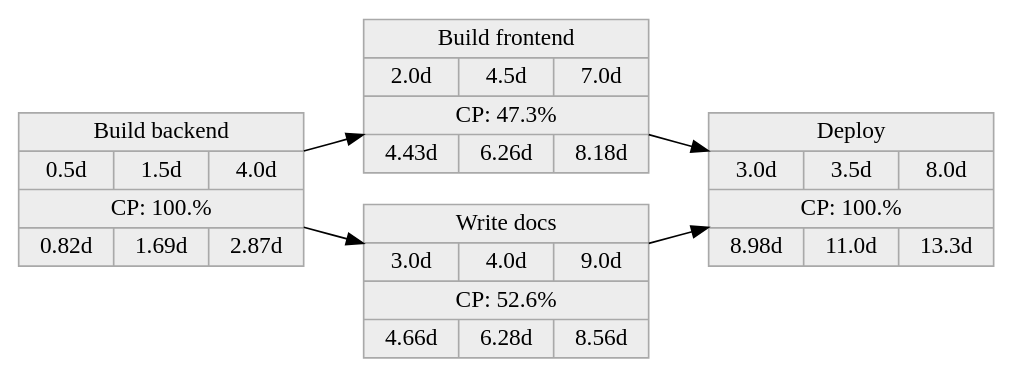
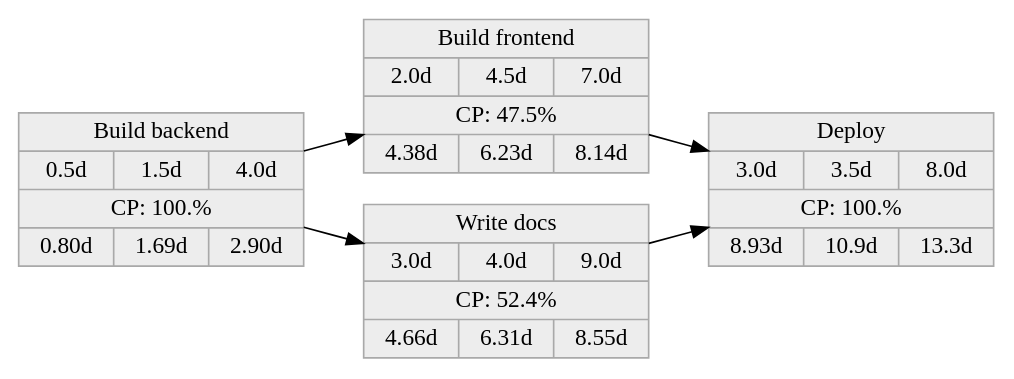
Before and after one commit to j-mueller/ernie: the diagram in example/project.dot, drawn with Graphviz. The commit also changed 4 other files, not shown here.

```diff
--- a/example/project.dot
+++ b/example/project.dot
@@ -1,14 +1,14 @@
 digraph 
 {
 node [shape=Mrecord]
 rankdir=LR
   node [color="darkgray" fillcolor="grey93" style="filled" height=".1" shape="record"]
-  "TaskID 0" [label="Build backend|{0.5d|1.5d|4.0d}|CP: 100.%|{0.82d |1.69d | 2.87d }"]
-  "TaskID 1" [label="Build frontend|{2.0d|4.5d|7.0d}|CP: 47.3%|{4.43d |6.26d | 8.18d }"]
-  "TaskID 2" [label="Write docs|{3.0d|4.0d|9.0d}|CP: 52.6%|{4.66d |6.28d | 8.56d }"]
-  "TaskID 3" [label="Deploy|{3.0d|3.5d|8.0d}|CP: 100.%|{8.98d |11.0d | 13.3d }"]
+  "TaskID 0" [label="Build backend|{0.5d|1.5d|4.0d}|CP: 100.%|{0.80d |1.69d | 2.90d }"]
+  "TaskID 1" [label="Build frontend|{2.0d|4.5d|7.0d}|CP: 47.5%|{4.38d |6.23d | 8.14d }"]
+  "TaskID 2" [label="Write docs|{3.0d|4.0d|9.0d}|CP: 52.4%|{4.66d |6.31d | 8.55d }"]
+  "TaskID 3" [label="Deploy|{3.0d|3.5d|8.0d}|CP: 100.%|{8.93d |10.9d | 13.3d }"]
   "TaskID 0" -> "TaskID 1"
   "TaskID 0" -> "TaskID 2"
   "TaskID 1" -> "TaskID 3"
   "TaskID 2" -> "TaskID 3"
 }
```
